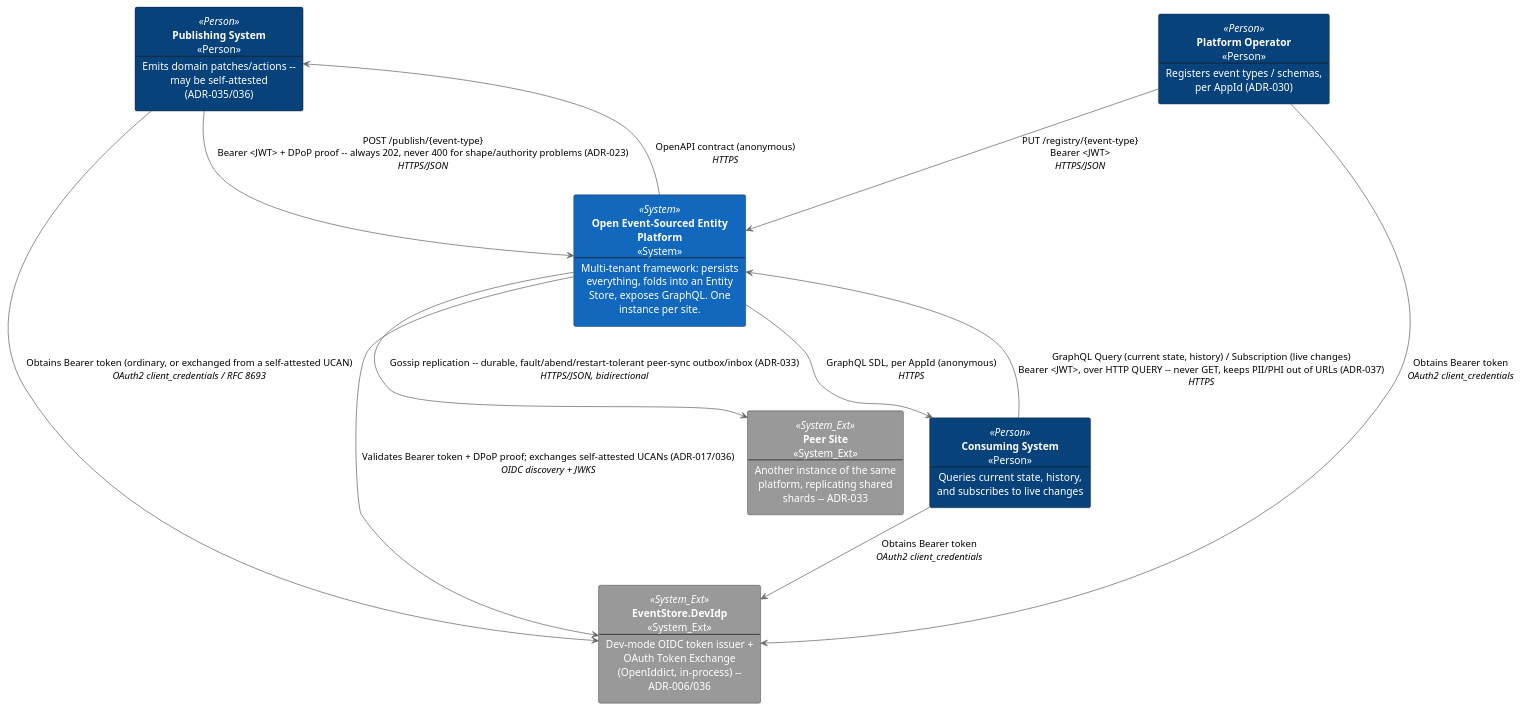
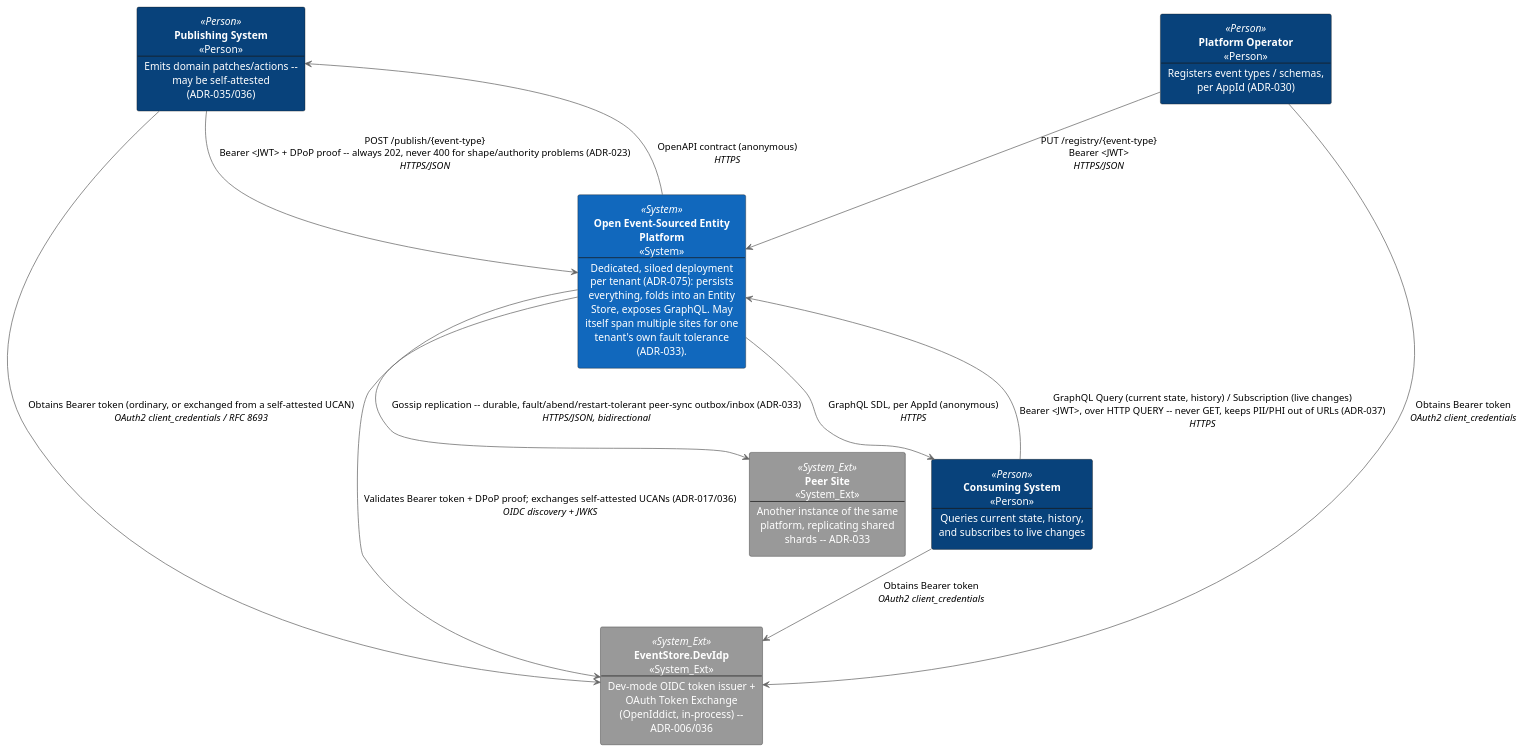
One commit to Mwwhited-BookLearning/EventSourcing changed the first of 6 diagrams in docs/01-c4-architecture.md. Above: the diagram before and after it, drawn with PlantUML. The commit also changed other lines of this file and 34 other files, not shown here.

````diff
--- a/docs/01-c4-architecture.md
+++ b/docs/01-c4-architecture.md
@@ -42,41 +42,41 @@
 ```plantuml
 @startuml C4_Context
 skinparam shadowing false
 skinparam defaultTextAlignment center
 skinparam wrapWidth 220
 skinparam rectangle<<Person>> {
   BackgroundColor #08427B
   FontColor white
 }
 skinparam rectangle<<System>> {
   BackgroundColor #1168BD
   FontColor white
 }
 skinparam rectangle<<System_Ext>> {
   BackgroundColor #999999
   FontColor white
 }
 skinparam ArrowColor #666666
 
 rectangle "**Publishing System**\n<<Person>>\n--\nEmits domain patches/actions -- may be self-attested (ADR-035/036)" <<Person>> as publisher
 rectangle "**Consuming System**\n<<Person>>\n--\nQueries current state, history, and subscribes to live changes" <<Person>> as follower
 rectangle "**Platform Operator**\n<<Person>>\n--\nRegisters event types / schemas, per AppId (ADR-030)" <<Person>> as operator
 
-rectangle "**Open Event-Sourced Entity Platform**\n<<System>>\n--\nMulti-tenant framework: persists everything, folds into an Entity Store, exposes GraphQL. One instance per site." <<System>> as eventStore
+rectangle "**Open Event-Sourced Entity Platform**\n<<System>>\n--\nDedicated, siloed deployment per tenant (ADR-075): persists everything, folds into an Entity Store, exposes GraphQL. May itself span multiple sites for one tenant's own fault tolerance (ADR-033)." <<System>> as eventStore
 rectangle "**EventStore.DevIdp**\n<<System_Ext>>\n--\nDev-mode OIDC token issuer + OAuth Token Exchange (OpenIddict, in-process) -- ADR-006/036" <<System_Ext>> as idp
 rectangle "**Peer Site**\n<<System_Ext>>\n--\nAnother instance of the same platform, replicating shared shards -- ADR-033" <<System_Ext>> as peerSite
 
 publisher --> idp : Obtains Bearer token (ordinary, or exchanged from a self-attested UCAN)\n//OAuth2 client_credentials / RFC 8693//
 follower --> idp : Obtains Bearer token\n//OAuth2 client_credentials//
 operator --> idp : Obtains Bearer token\n//OAuth2 client_credentials//
 
 publisher --> eventStore : POST /publish/{event-type}\nBearer <JWT> + DPoP proof -- always 202, never 400 for shape/authority problems (ADR-023)\n//HTTPS/JSON//
 follower --> eventStore : GraphQL Query (current state, history) / Subscription (live changes)\nBearer <JWT>, over HTTP QUERY -- never GET, keeps PII/PHI out of URLs (ADR-037)\n//HTTPS//
 operator --> eventStore : PUT /registry/{event-type}\nBearer <JWT>\n//HTTPS/JSON//
 eventStore --> idp : Validates Bearer token + DPoP proof; exchanges self-attested UCANs (ADR-017/036)\n//OIDC discovery + JWKS//
 eventStore --> peerSite : Gossip replication -- durable, fault/abend/restart-tolerant peer-sync outbox/inbox (ADR-033)\n//HTTPS/JSON, bidirectional//
 eventStore --> publisher : OpenAPI contract (anonymous)\n//HTTPS//
 eventStore --> follower : GraphQL SDL, per AppId (anonymous)\n//HTTPS//
 
 @enduml
 ```
````
